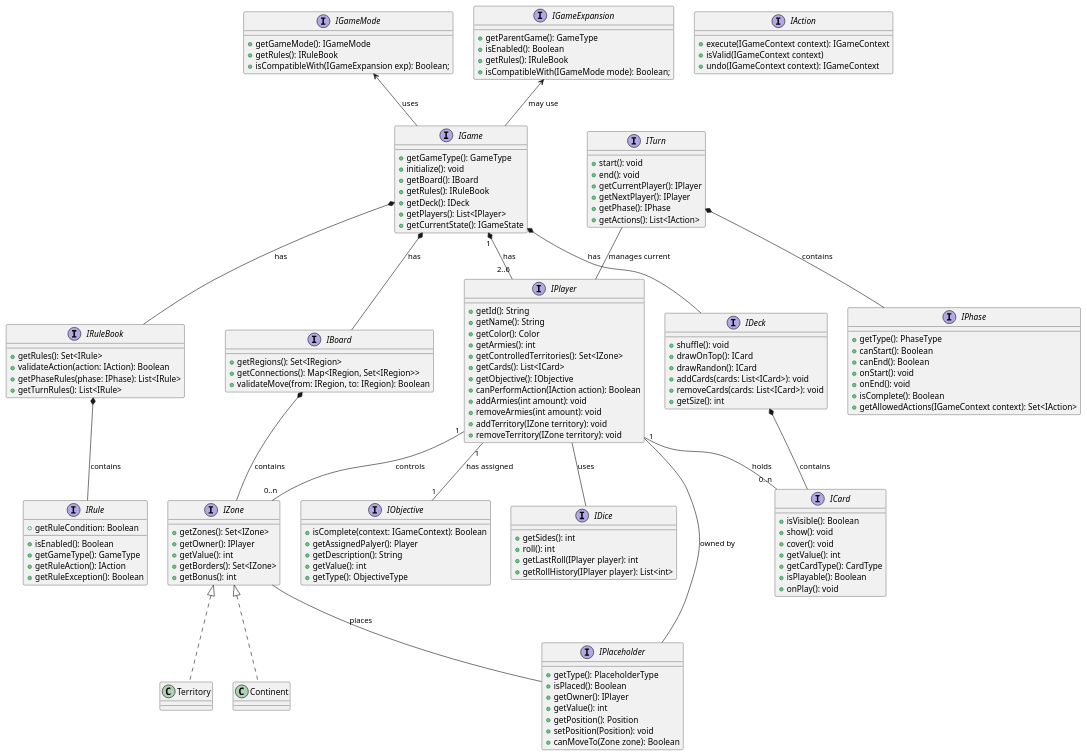
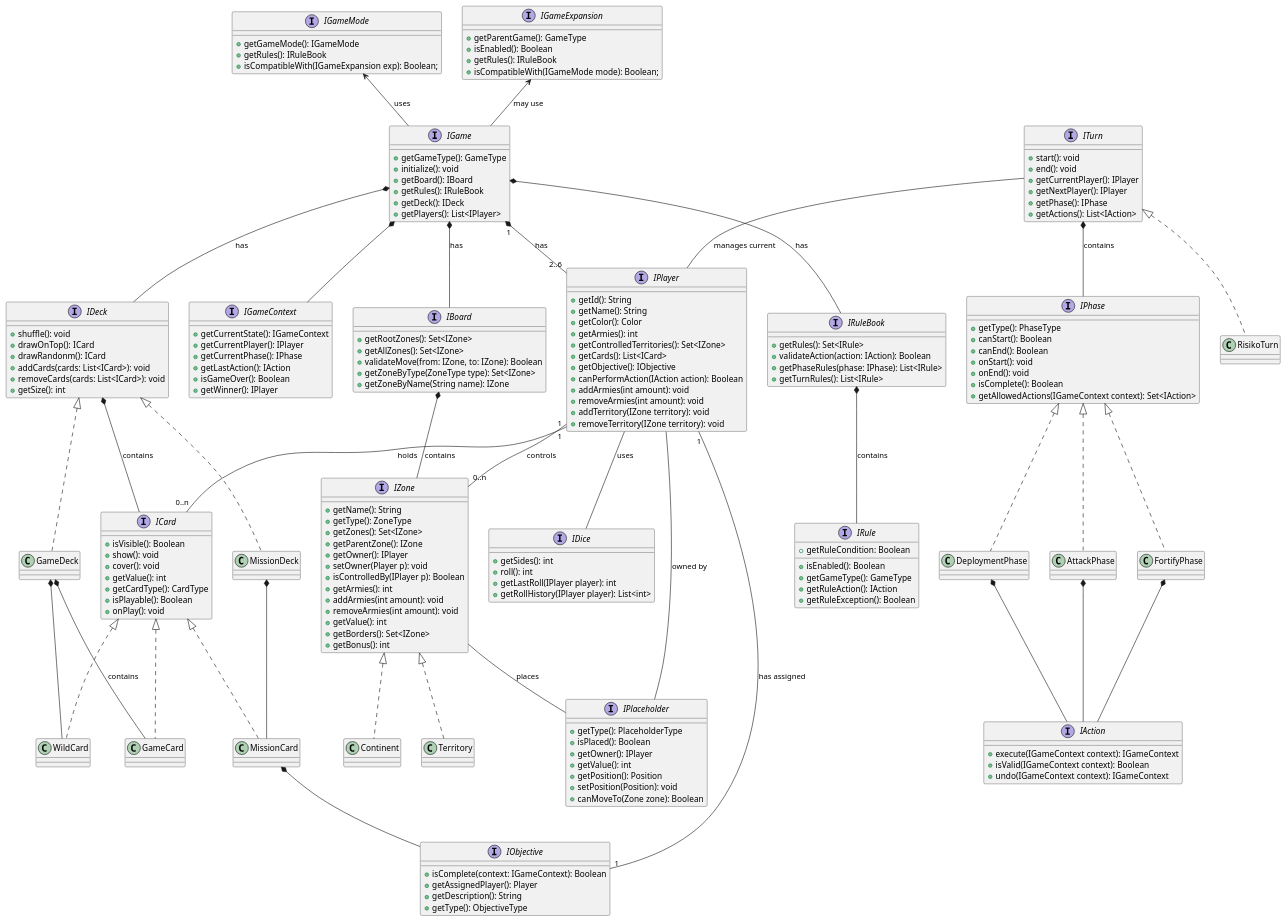
One commit to mborgogelli/RisikoPMO changed the diagram in Docs/Risiko.puml. Above: the diagram before and after it, drawn with PlantUML.

Commit message:
Working on UML

```diff
--- a/Docs/Risiko.puml
+++ b/Docs/Risiko.puml
@@ -1,161 +1,195 @@
 @startuml
 
 ' Interfaces
 interface IGameMode {
     +getGameMode(): IGameMode
     +getRules(): IRuleBook
     +isCompatibleWith(IGameExpansion exp): Boolean;
 }
 
 interface IGameExpansion {
     +getParentGame(): GameType
     +isEnabled(): Boolean
     +getRules(): IRuleBook
     +isCompatibleWith(IGameMode mode): Boolean;
 }
 
 interface IGame {
     +getGameType(): GameType
     +initialize(): void
     +getBoard(): IBoard
     +getRules(): IRuleBook
     +getDeck(): IDeck
-    +getPlayers(): List<IPlayer>
-    +getCurrentState(): IGameState
+    +getPlayers(): List<IPlayer>    
+}
+
+interface IGameContext {
+    +getCurrentState(): IGameContext
+    +getCurrentPlayer(): IPlayer
+    +getCurrentPhase(): IPhase
+    +getLastAction(): IAction
+    +isGameOver(): Boolean
+    +getWinner(): IPlayer
 }
 
 interface IPlayer {
     +getId(): String
     +getName(): String
     +getColor(): Color
     +getArmies(): int
     +getControlledTerritories(): Set<IZone>
     +getCards(): List<ICard>
     +getObjective(): IObjective
     +canPerformAction(IAction action): Boolean
     +addArmies(int amount): void
     +removeArmies(int amount): void
     +addTerritory(IZone territory): void
     +removeTerritory(IZone territory): void
 }
 
 interface IRuleBook {
     +getRules(): Set<IRule>
     +validateAction(action: IAction): Boolean
     +getPhaseRules(phase: IPhase): List<IRule>
     +getTurnRules(): List<IRule>
 }
 
 interface IRule {
     +isEnabled(): Boolean
     +getGameType(): GameType
     +getRuleCondition: Boolean
     +getRuleAction(): IAction
     +getRuleException(): Boolean
 }
 
 interface IBoard {
-    +getRegions(): Set<IRegion>
-    +getConnections(): Map<IRegion, Set<IRegion>>
-    +validateMove(from: IRegion, to: IRegion): Boolean
+    +getRootZones(): Set<IZone>
+    +getAllZones(): Set<IZone>
+    +validateMove(from: IZone, to: IZone): Boolean
+    +getZoneByType(ZoneType type): Set<IZone>
+    +getZoneByName(String name): IZone
+    
 }
 
 interface IZone {
+	+getName(): String
+	+getType(): ZoneType
     +getZones(): Set<IZone>
+    +getParentZone(): IZone
     +getOwner(): IPlayer
+    +setOwner(Player p): void
+    +isControlledBy(IPlayer p): Boolean
+    +getArmies(): int
+    +addArmies(int amount): void
+    +removeArmies(int amount): void
     +getValue(): int
     +getBorders(): Set<IZone>
     +getBonus(): int
 }
 
 interface IPlaceholder {
     +getType(): PlaceholderType
     +isPlaced(): Boolean
     +getOwner(): IPlayer
     +getValue(): int
     +getPosition(): Position
     +setPosition(Position): void
     +canMoveTo(Zone zone): Boolean
 }
 
 interface IObjective {
     +isComplete(context: IGameContext): Boolean
-    +getAssignedPalyer(): Player
+    +getAssignedPlayer(): Player
     +getDescription(): String
-    +getValue(): int
     +getType(): ObjectiveType
 }
 
 interface ICard {
     +isVisible(): Boolean
     +show(): void
     +cover(): void
     +getValue(): int
     +getCardType(): CardType
     +isPlayable(): Boolean
     +onPlay(): void
 }
 
 interface IDice {
     +getSides(): int
     +roll(): int
     +getLastRoll(IPlayer player): int
     +getRollHistory(IPlayer player): List<int>
 }
 
 interface ITurn {
     +start(): void
     +end(): void
     +getCurrentPlayer(): IPlayer
     +getNextPlayer(): IPlayer
     +getPhase(): IPhase
     +getActions(): List<IAction>
 }
 
 interface IPhase {
     +getType(): PhaseType
     +canStart(): Boolean
     +canEnd(): Boolean
     +onStart(): void
     +onEnd(): void
     +isComplete(): Boolean
     +getAllowedActions(IGameContext context): Set<IAction>
 }
 
 interface IDeck {
     +shuffle(): void
     +drawOnTop(): ICard
-    +drawRandon(): ICard
+    +drawRandonm(): ICard
     +addCards(cards: List<ICard>): void
     +removeCards(cards: List<ICard>): void
     +getSize(): int
 }
 
 interface IAction{
 	+execute(IGameContext context): IGameContext
-	+isValid(IGameContext context)
+	+isValid(IGameContext context): Boolean
 	+undo(IGameContext context): IGameContext
 }
 
 ' Relationships
 IGameMode <-- IGame : uses
 IGameExpansion <-- IGame : may use
+IGame *-- IGameContext
 IGame *-- IBoard : has
 IGame *-- IRuleBook : has
 IGame *-- IDeck : has
 ITurn *-- IPhase : contains
 IBoard *-- IZone : contains
 IZone -- IPlaceholder : places
 IDeck *-- ICard : contains
 IRuleBook *-- IRule : contains
 IPlayer -- IDice : uses
 IGame "1" *-- "2..6" IPlayer : has
 IPlayer "1" -- "0..n" IZone : controls
 IPlayer "1" -- "0..n" ICard : holds
 IPlayer "1" -- "1" IObjective : has assigned
 ITurn -- IPlayer : manages current
 IPlaceholder -- IPlayer : owned by
 Class Continent implements IZone
 Class Territory implements IZone
-
+Class DeploymentPhase implements IPhase
+Class AttackPhase implements IPhase
+Class FortifyPhase implements IPhase
+DeploymentPhase *-- IAction
+AttackPhase *-- IAction
+FortifyPhase *-- IAction
+Class RisikoTurn implements ITurn
+Class MissionCard implements ICard
+MissionCard *-- IObjective
+Class WildCard implements ICard
+Class GameCard implements ICard
+Class GameDeck implements IDeck
+GameDeck *-- GameCard : contains
+GameDeck *-- WildCard
+Class MissionDeck implements IDeck
+MissionDeck *-- MissionCard
 @enduml
```
